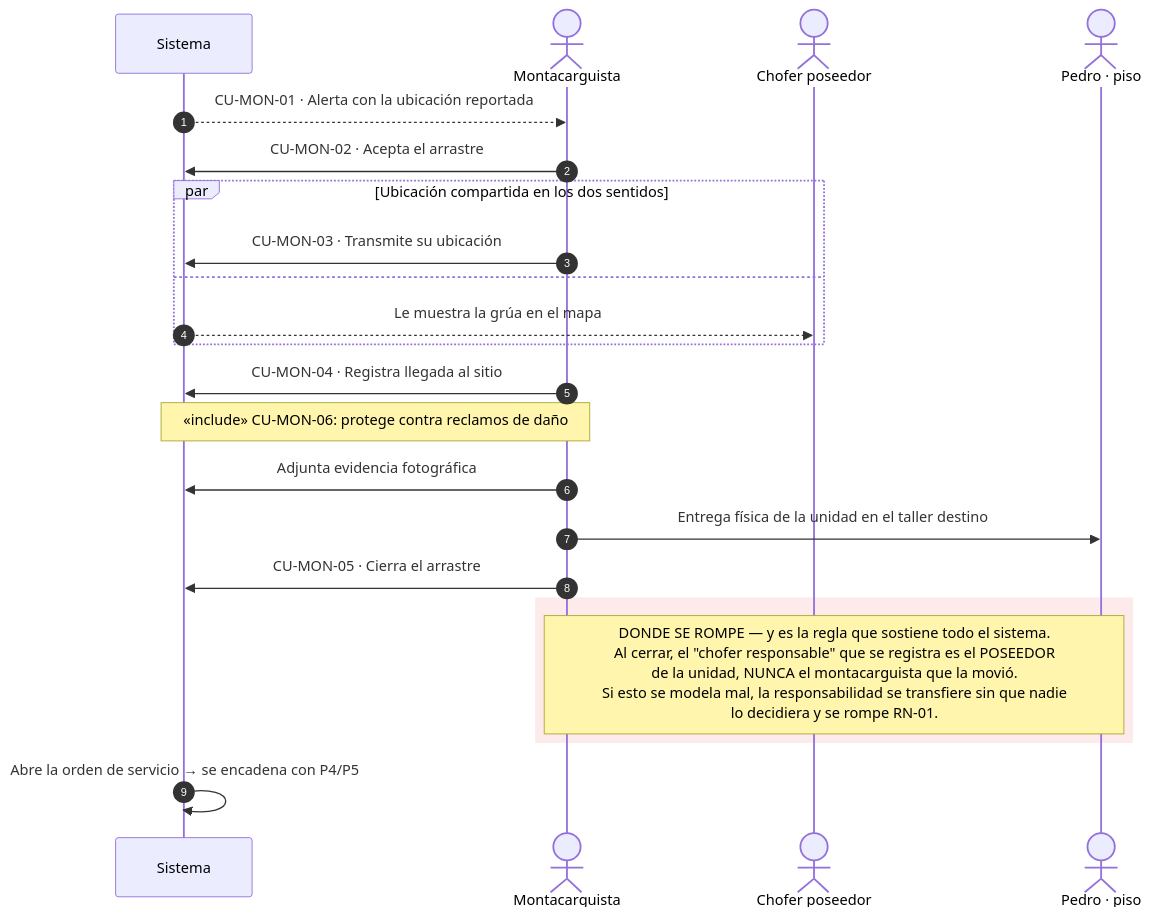
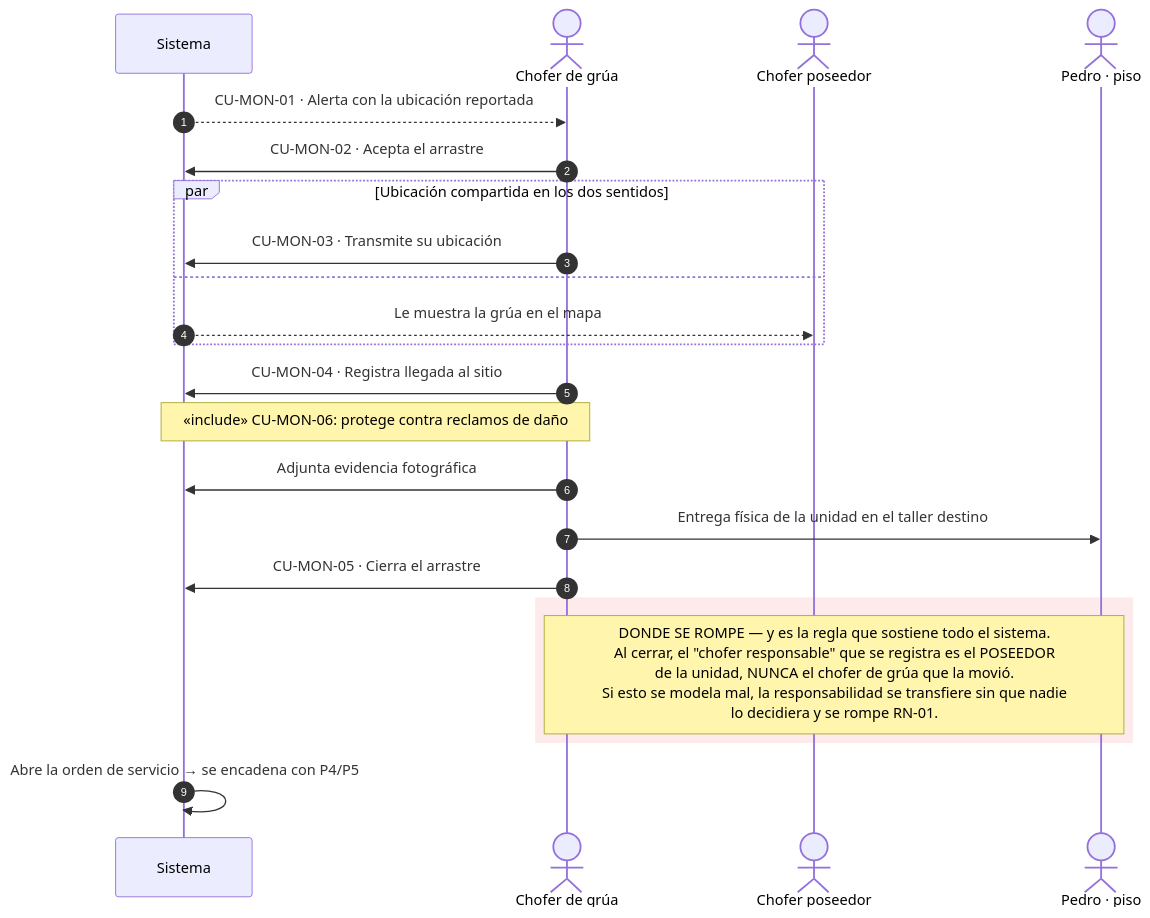
One commit to Villener/Prueba changed the ninth of 13 diagrams in docs/diagramas-procesos.md. Above: the diagram before and after it, drawn with Mermaid. The commit also changed other lines of this file and 15 other files, not shown here.

````diff
--- a/docs/diagramas-procesos.md
+++ b/docs/diagramas-procesos.md
@@ -401,29 +401,29 @@
 ```mermaid
 sequenceDiagram
     autonumber
     participant S as Sistema
-    actor Mon as Montacarguista
+    actor Mon as Chofer de grúa
     actor C as Chofer poseedor
     actor Pe as Pedro · piso
 
     S-->>Mon: CU-MON-01 · Alerta con la ubicación reportada
     Mon->>S: CU-MON-02 · Acepta el arrastre
 
     par Ubicación compartida en los dos sentidos
         Mon->>S: CU-MON-03 · Transmite su ubicación
     and
         S-->>C: Le muestra la grúa en el mapa
     end
 
     Mon->>S: CU-MON-04 · Registra llegada al sitio
     Note over Mon,S: «include» CU-MON-06: protege contra reclamos de daño
     Mon->>S: Adjunta evidencia fotográfica
     Mon->>Pe: Entrega física de la unidad en el taller destino
     Mon->>S: CU-MON-05 · Cierra el arrastre
 
     rect rgb(253, 235, 235)
-        Note over Mon,Pe: DONDE SE ROMPE — y es la regla que sostiene todo el sistema.<br/>Al cerrar, el "chofer responsable" que se registra es el POSEEDOR<br/>de la unidad, NUNCA el montacarguista que la movió.<br/>Si esto se modela mal, la responsabilidad se transfiere sin que nadie<br/>lo decidiera y se rompe RN-01.
+        Note over Mon,Pe: DONDE SE ROMPE — y es la regla que sostiene todo el sistema.<br/>Al cerrar, el "chofer responsable" que se registra es el POSEEDOR<br/>de la unidad, NUNCA el chofer de grúa que la movió.<br/>Si esto se modela mal, la responsabilidad se transfiere sin que nadie<br/>lo decidiera y se rompe RN-01.
     end
 
     S->>S: Abre la orden de servicio → se encadena con P4/P5
 ```
````
